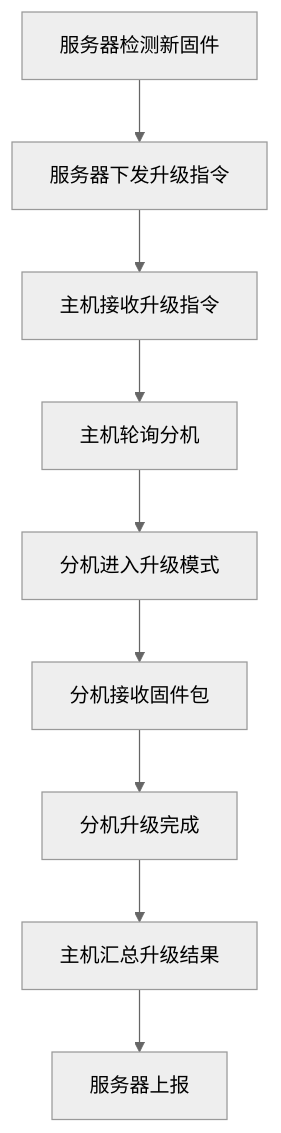
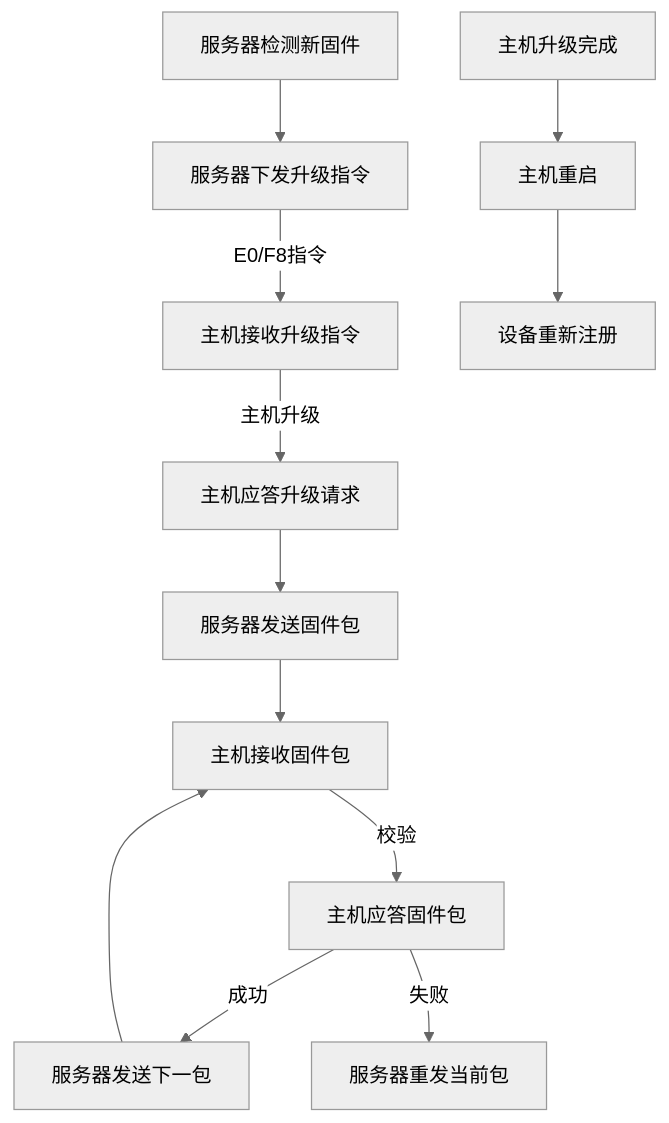
Diagram 13 of 17 in docs/iot_master_slave_architecture_all.md (taoyao-code/iot-zinx), drawn with Mermaid (neutral theme) before and after one commit. The commit also changed other lines of this file and 7 other files, not shown here.

````diff
--- a/docs/iot_master_slave_architecture_all.md
+++ b/docs/iot_master_slave_architecture_all.md
@@ -151,12 +318,15 @@
 ```mermaid
 flowchart TD
     服务器检测新固件 --> 服务器下发升级指令
-    服务器下发升级指令 --> 主机接收升级指令
-    主机接收升级指令 --> 主机轮询分机
-    主机轮询分机 --> 分机进入升级模式
-    分机进入升级模式 --> 分机接收固件包
-    分机接收固件包 --> 分机升级完成
-    分机升级完成 --> 主机汇总升级结果
-    主机汇总升级结果 --> 服务器上报
+    服务器下发升级指令 --> |"E0/F8指令"| 主机接收升级指令
+    主机接收升级指令 --> |"主机升级"| 主机应答升级请求
+    主机应答升级请求 --> 服务器发送固件包
+    服务器发送固件包 --> 主机接收固件包
+    主机接收固件包 --> |"校验"| 主机应答固件包
+    主机应答固件包 -- "成功" --> 服务器发送下一包
+    主机应答固件包 -- "失败" --> 服务器重发当前包
+    服务器发送下一包 --> 主机接收固件包
+    主机升级完成 --> 主机重启
+    主机重启 --> 设备重新注册
     %% 说明：升级流程需保证数据完整性和重试机制
 ```
````
